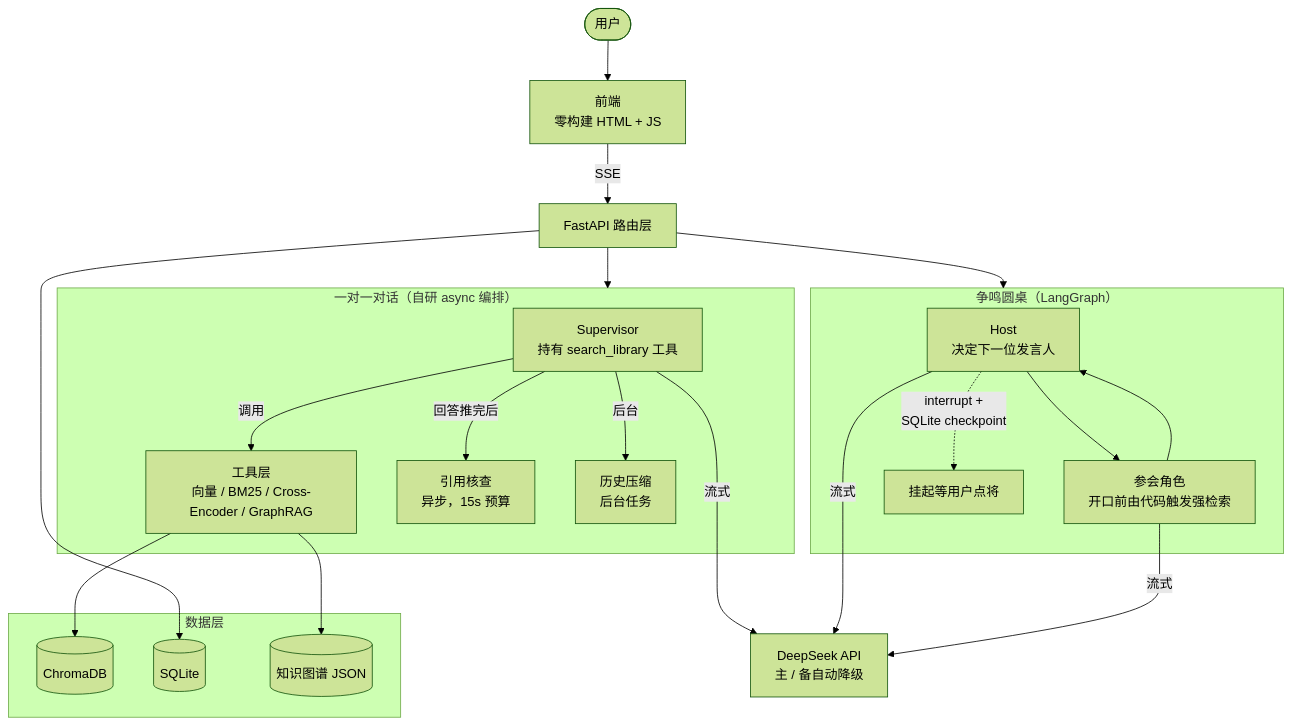
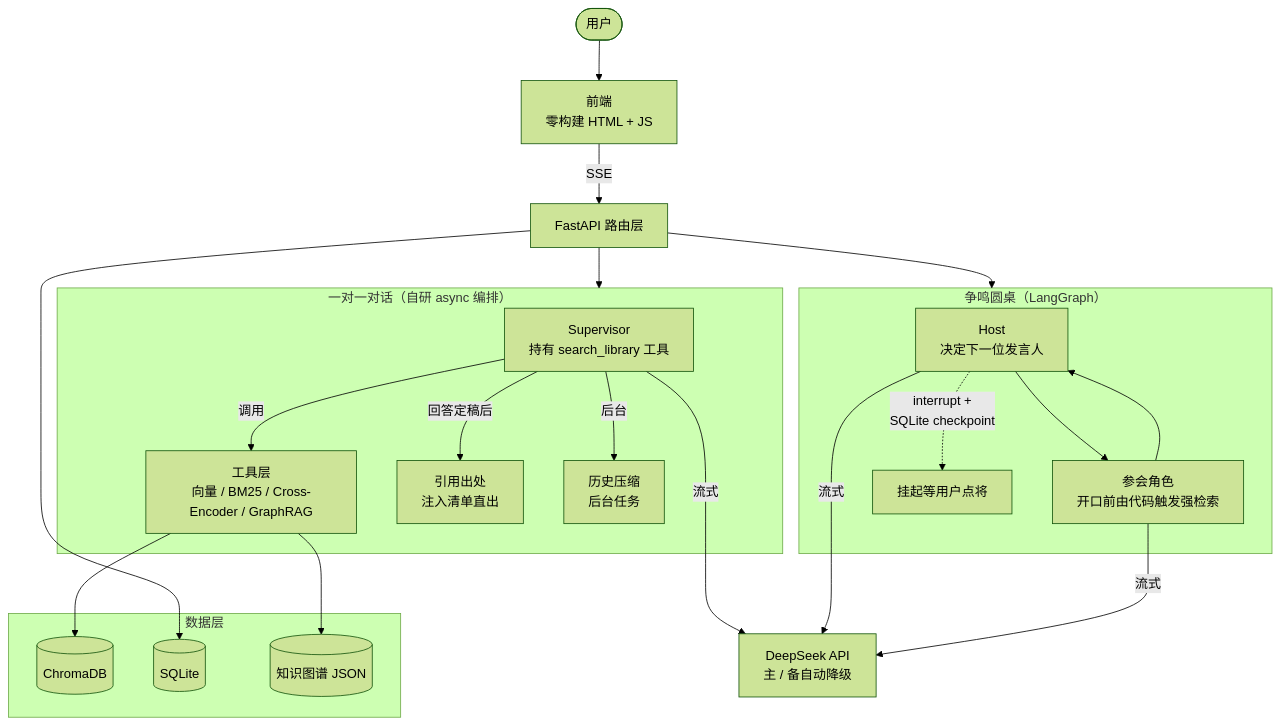
The diagram in README.md (ThekingofAI91/cuxi), drawn with Mermaid (forest theme) before and after one commit. The commit also changed other lines of this file and 1 other file, not shown here.

````diff
--- a/README.md
+++ b/README.md
@@ -82,40 +82,40 @@
 ```mermaid
 flowchart TD
     User([用户]) --> UI[前端<br/>零构建 HTML + JS]
     UI -->|SSE| API[FastAPI 路由层]
 
     subgraph OneOnOne["一对一对话（自研 async 编排）"]
         Sup[Supervisor<br/>持有 search_library 工具]
         Tools[工具层<br/>向量 / BM25 / Cross-Encoder / GraphRAG]
-        Verify[引用核查<br/>异步，15s 预算]
+        Cite[引用出处<br/>注入清单直出]
         Compress[历史压缩<br/>后台任务]
         Sup -->|调用| Tools
-        Sup -->|回答推完后| Verify
+        Sup -->|回答定稿后| Cite
         Sup -->|后台| Compress
     end
 
     subgraph Roundtable["争鸣圆桌（LangGraph）"]
         Host[Host<br/>决定下一位发言人]
         Participants[参会角色<br/>开口前由代码触发强检索]
         Host --> Participants
         Participants --> Host
         Host -.->|interrupt +<br/>SQLite checkpoint| Wait[挂起等用户点将]
     end
 
     subgraph Data["数据层"]
         Chroma[(ChromaDB)]
         SQLite[(SQLite)]
         Graph[(知识图谱 JSON)]
     end
 
     API --> OneOnOne
     API --> Roundtable
     Tools --> Chroma
     Tools --> Graph
     API --> SQLite
 
     LLM[DeepSeek API<br/>主 / 备自动降级]
     Sup -->|流式| LLM
     Host -->|流式| LLM
     Participants -->|流式| LLM
 ```
````
